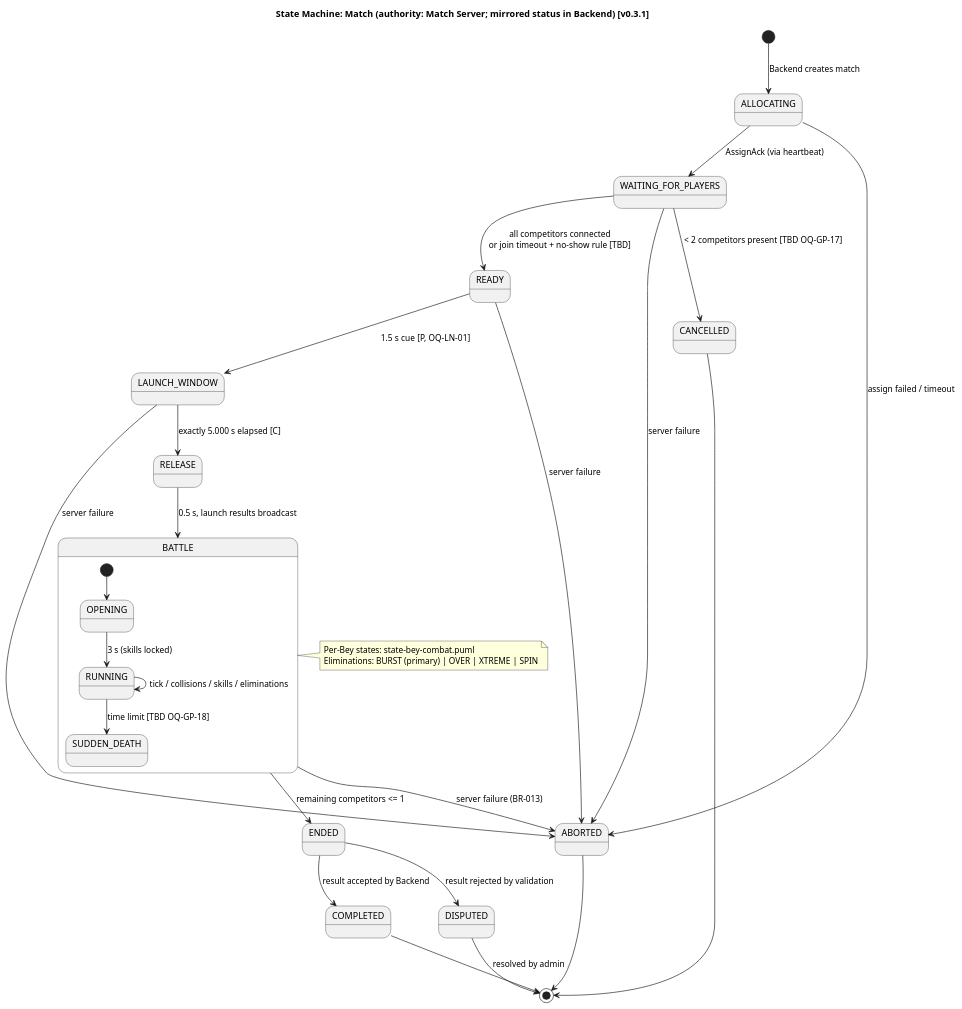
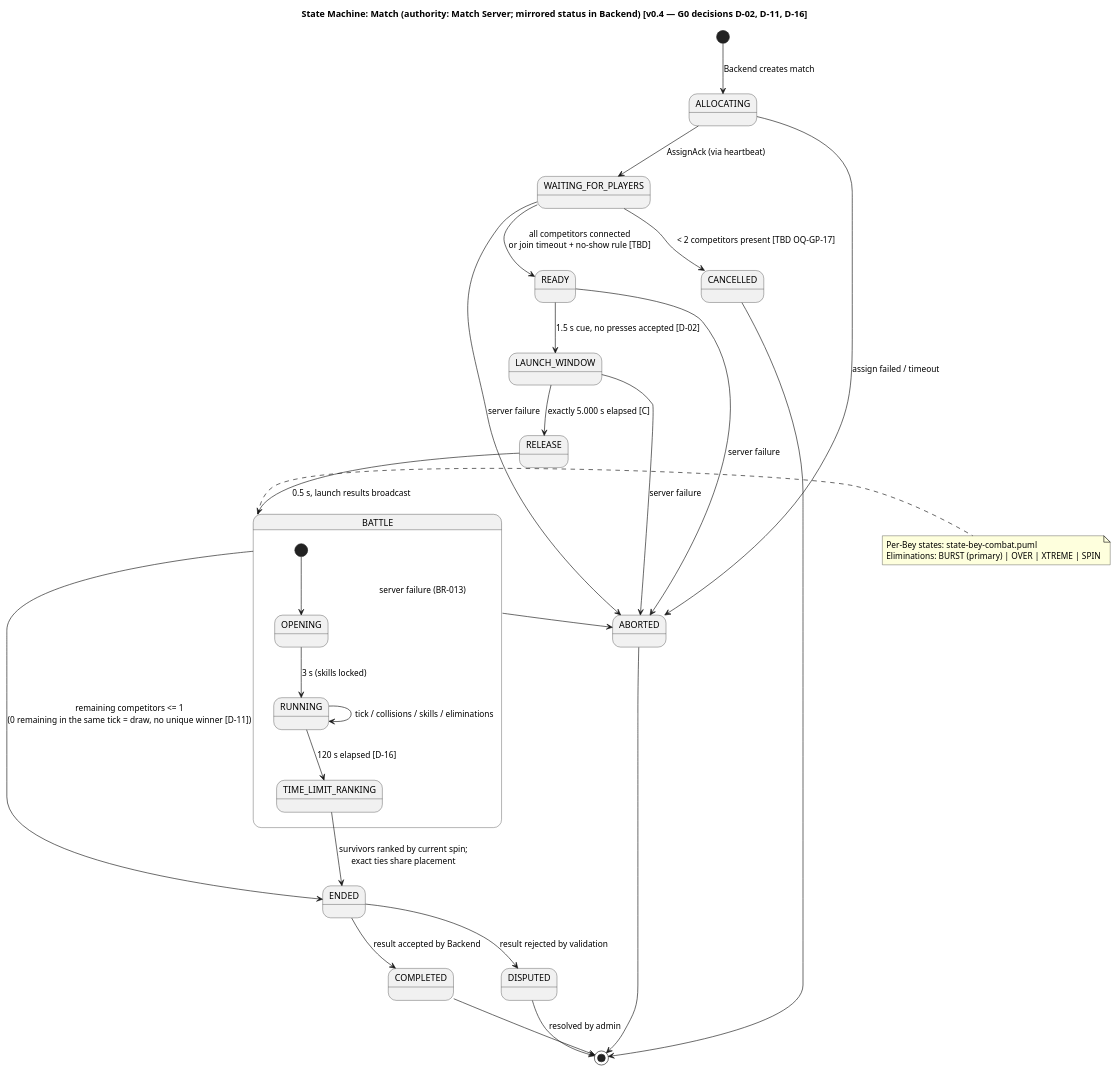
One commit to houcine212-hub/Bayblade_Sesytem changed the diagram in docs/02-uml/state-match.puml. Above: the diagram before and after it, drawn with PlantUML. The commit also changed 57 other files, not shown here.

```diff
--- a/docs/02-uml/state-match.puml
+++ b/docs/02-uml/state-match.puml
@@ -1,32 +1,33 @@
 @startuml state-match
-title State Machine: Match (authority: Match Server; mirrored status in Backend) [v0.3.1]
+title State Machine: Match (authority: Match Server; mirrored status in Backend) [v0.4 — G0 decisions D-02, D-11, D-16]
 [*] --> ALLOCATING : Backend creates match
 ALLOCATING --> WAITING_FOR_PLAYERS : AssignAck (via heartbeat)
 ALLOCATING --> ABORTED : assign failed / timeout
 WAITING_FOR_PLAYERS --> READY : all competitors connected\nor join timeout + no-show rule [TBD]
 WAITING_FOR_PLAYERS --> CANCELLED : < 2 competitors present [TBD OQ-GP-17]
-READY --> LAUNCH_WINDOW : 1.5 s cue [P, OQ-LN-01]
+READY --> LAUNCH_WINDOW : 1.5 s cue, no presses accepted [D-02]
 LAUNCH_WINDOW --> RELEASE : exactly 5.000 s elapsed [C]
 RELEASE --> BATTLE : 0.5 s, launch results broadcast
 state BATTLE {
   [*] --> OPENING
   OPENING --> RUNNING : 3 s (skills locked)
   RUNNING --> RUNNING : tick / collisions / skills / eliminations
-  RUNNING --> SUDDEN_DEATH : time limit [TBD OQ-GP-18]
+  RUNNING --> TIME_LIMIT_RANKING : 120 s elapsed [D-16]
 }
-BATTLE --> ENDED : remaining competitors <= 1
+TIME_LIMIT_RANKING --> ENDED : survivors ranked by current spin;\nexact ties share placement
+BATTLE --> ENDED : remaining competitors <= 1\n(0 remaining in the same tick = draw, no unique winner [D-11])
 ENDED --> COMPLETED : result accepted by Backend
 ENDED --> DISPUTED : result rejected by validation
 READY --> ABORTED : server failure
 LAUNCH_WINDOW --> ABORTED : server failure
 BATTLE --> ABORTED : server failure (BR-013)
 WAITING_FOR_PLAYERS --> ABORTED : server failure
 COMPLETED --> [*]
 CANCELLED --> [*]
 ABORTED --> [*]
 DISPUTED --> [*] : resolved by admin
 note right of BATTLE
   Per-Bey states: state-bey-combat.puml
   Eliminations: BURST (primary) | OVER | XTREME | SPIN
 end note
 @enduml
```
